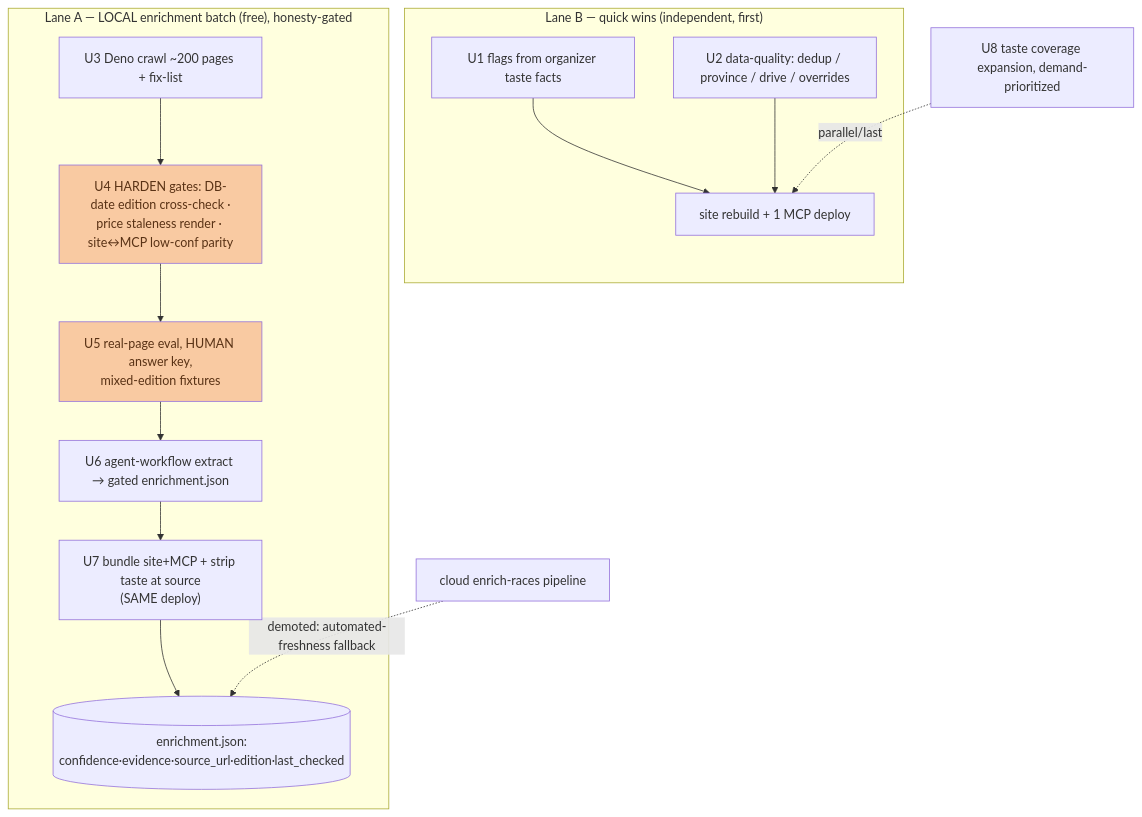
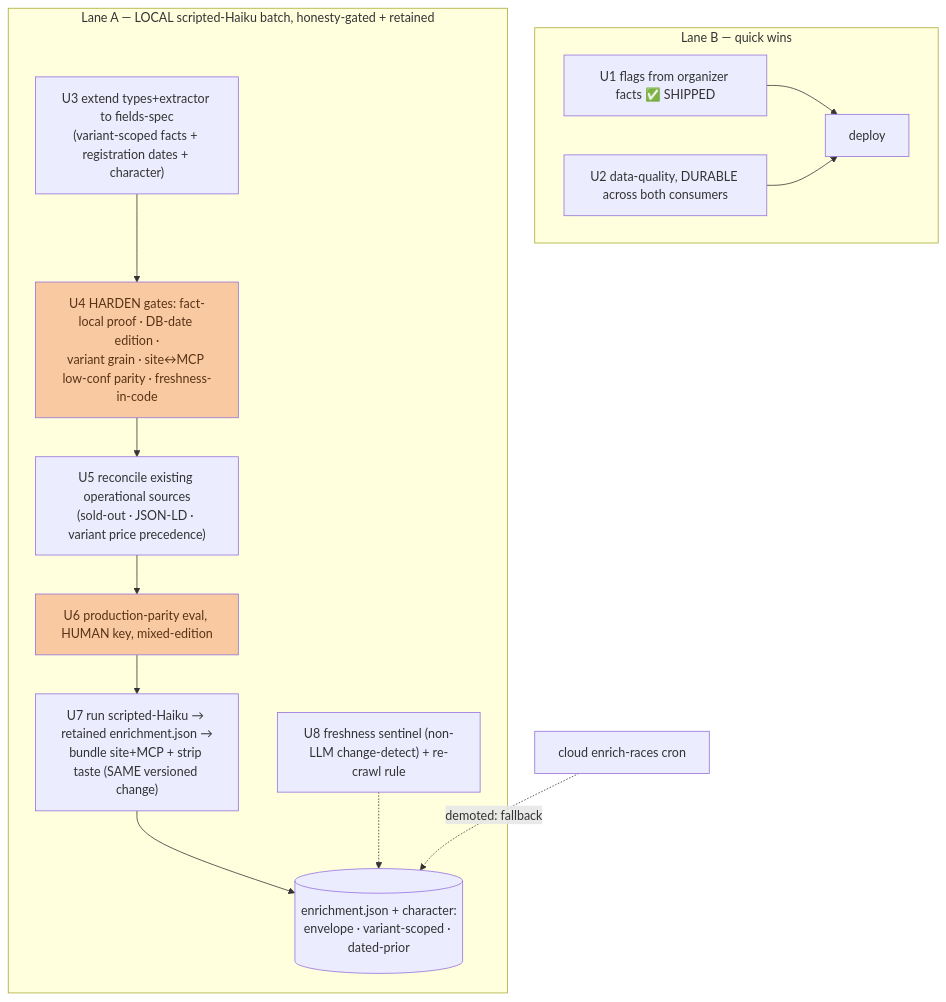
The diagram in docs/plans/2026-08-25-002-feat-enrichment-phase-plan.md (dimrasn/trail-catalunya), drawn with Mermaid before and after one commit. The commit also changed other lines of this file and 1 other file, not shown here.

First line of the commit message:
docs: revised enrichment plan (retention + fields-spec + scripted-Haiku + all Codex findings)

````diff
--- a/docs/plans/2026-08-25-002-feat-enrichment-phase-plan.md
+++ b/docs/plans/2026-08-25-002-feat-enrichment-phase-plan.md
@@ -141,18 +154,18 @@
 ```mermaid
 flowchart TD
-  subgraph LaneB["Lane B — quick wins (independent, first)"]
-    U1[U1 flags from organizer taste facts] --> D1[site rebuild + 1 MCP deploy]
-    U2[U2 data-quality: dedup / province / drive / overrides] --> D1
+  subgraph LaneB["Lane B — quick wins"]
+    U1["U1 flags from organizer facts ✅ SHIPPED"] --> D1[deploy]
+    U2["U2 data-quality, DURABLE across both consumers"] --> D1
   end
-  subgraph LaneA["Lane A — LOCAL enrichment batch (free), honesty-gated"]
-    U3[U3 Deno crawl ~200 pages + fix-list] --> U4
-    U4["U4 HARDEN gates: DB-date edition cross-check ·<br/>price staleness render · site↔MCP low-conf parity"] --> U5
-    U5["U5 real-page eval, HUMAN answer key,<br/>mixed-edition fixtures"] --> U6
-    U6["U6 agent-workflow extract → gated enrichment.json"] --> U7
-    U7["U7 bundle site+MCP + strip taste at source<br/>(SAME deploy)"] --> ENR[(enrichment.json:<br/>confidence·evidence·source_url·edition·last_checked)]
+  subgraph LaneA["Lane A — LOCAL scripted-Haiku batch, honesty-gated + retained"]
+    U3["U3 extend types+extractor to fields-spec<br/>(variant-scoped facts + registration dates + character)"] --> U4
+    U4["U4 HARDEN gates: fact-local proof · DB-date edition ·<br/>variant grain · site↔MCP low-conf parity · freshness-in-code"] --> U5
+    U5["U5 reconcile existing operational sources<br/>(sold-out · JSON-LD · variant price precedence)"] --> U6
+    U6["U6 production-parity eval, HUMAN key, mixed-edition"] --> U7
+    U7["U7 run scripted-Haiku → retained enrichment.json →<br/>bundle site+MCP + strip taste (SAME versioned change)"] --> ENR[(enrichment.json + character:<br/>envelope · variant-scoped · dated-prior)]
+    U8["U8 freshness sentinel (non-LLM change-detect) + re-crawl rule"] -.-> ENR
   end
-  U8[U8 taste coverage expansion, demand-prioritized] -.parallel/last.-> D1
-  CLOUD[cloud enrich-races pipeline] -.demoted: automated-freshness fallback.-> ENR
+  CLOUD[cloud enrich-races cron] -.demoted: fallback.-> ENR
   style U4 fill:#F9CAA2,color:#593215
-  style U5 fill:#F9CAA2,color:#593215
+  style U6 fill:#F9CAA2,color:#593215
 ```
````
